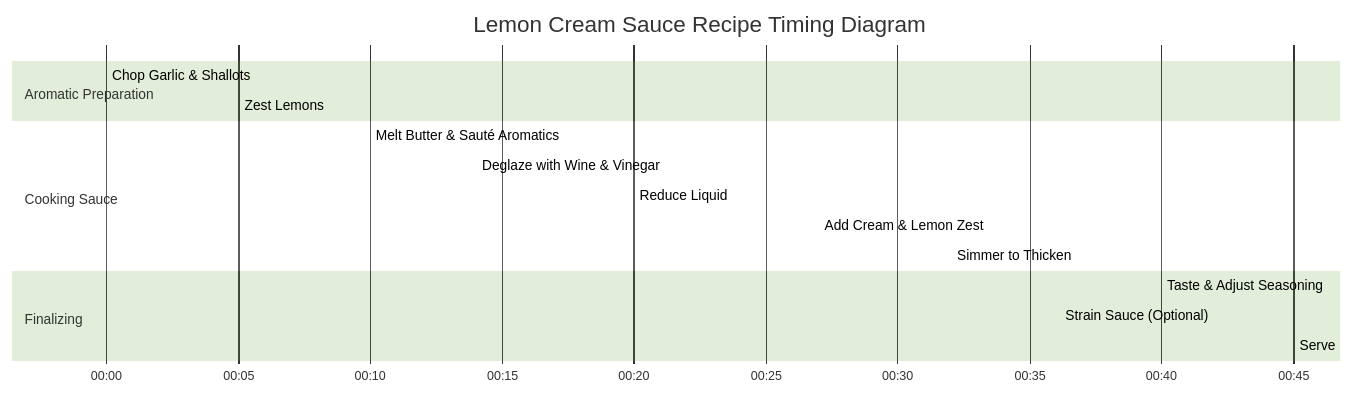
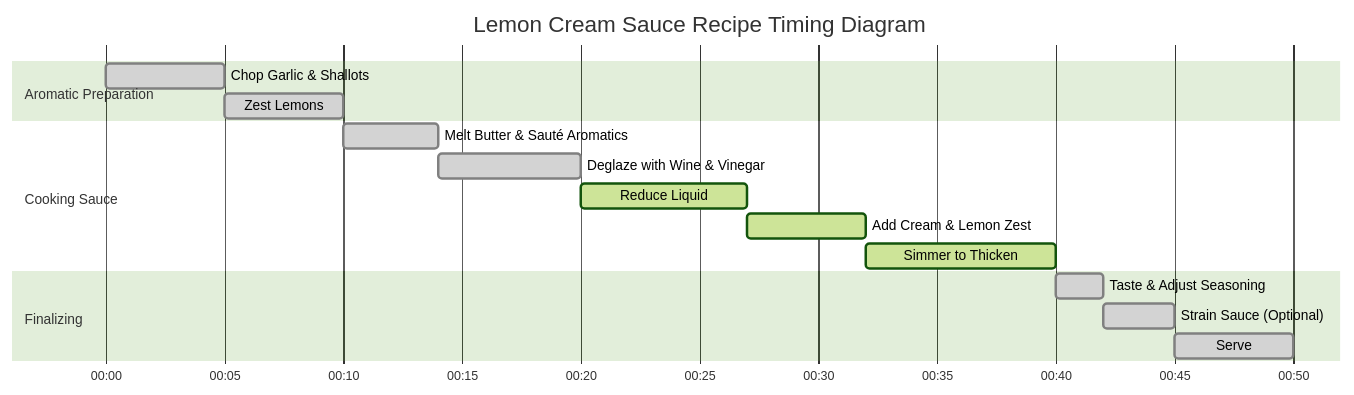
One commit to pramodhegde/recipes changed the diagram in lemon-cream-sauce.md. Above: the diagram before and after it, drawn with Mermaid (forest theme). The commit also changed 2 other files, not shown here.

Commit message:
Further fix the timing diagrams (#8)

````diff
--- a/lemon-cream-sauce.md
+++ b/lemon-cream-sauce.md
@@ -59,22 +59,22 @@
 ```mermaid
 gantt
     title Lemon Cream Sauce Recipe Timing Diagram
-    
+
     dateFormat  HH:mm
     axisFormat  %H:%M
     section Aromatic Preparation
-    Chop Garlic & Shallots:            00:00, 00:05  done  t("Chop garlic & shallots")
-    Zest Lemons:                       00:05, 00:10  done  t("Zest lemons")
+    Chop Garlic & Shallots               :done,    t1, 00:00, 00:05
+    Zest Lemons                          :done,    t2, 00:05, 00:10
 
     section Cooking Sauce
-    Melt Butter & Sauté Aromatics:     00:10, 00:14  done  t("Melt butter & sauté aromatics")
-    Deglaze with Wine & Vinegar:       00:14, 00:20  done  t("Deglaze with wine & vinegar")
-    Reduce Liquid:                     00:20, 00:27  active  t("Reduce liquid")
-    Add Cream & Lemon Zest:            00:27, 00:32  active  t("Add cream and lemon zest")
-    Simmer to Thicken:                 00:32, 00:40  active  t("Simmer to thicken")
+    Melt Butter & Sauté Aromatics        :done,    t3, 00:10, 00:14
+    Deglaze with Wine & Vinegar          :done,    t4, 00:14, 00:20
+    Reduce Liquid                        :active,  t5, 00:20, 00:27
+    Add Cream & Lemon Zest               :active,  t6, 00:27, 00:32
+    Simmer to Thicken                    :active,  t7, 00:32, 00:40
 
     section Finalizing
-    Taste & Adjust Seasoning:          00:40, 00:42  done  t("Taste & adjust seasoning")
-    Strain Sauce (Optional):           00:42, 00:45  done  t("Strain sauce (optional)")
-    Serve:                             00:45, 00:50  done  t("Serve")
+    Taste & Adjust Seasoning             :done,    t8, 00:40, 00:42
+    Strain Sauce (Optional)              :done,    t9, 00:42, 00:45
+    Serve                                :done,    t10, 00:45, 00:50
 ```
````
